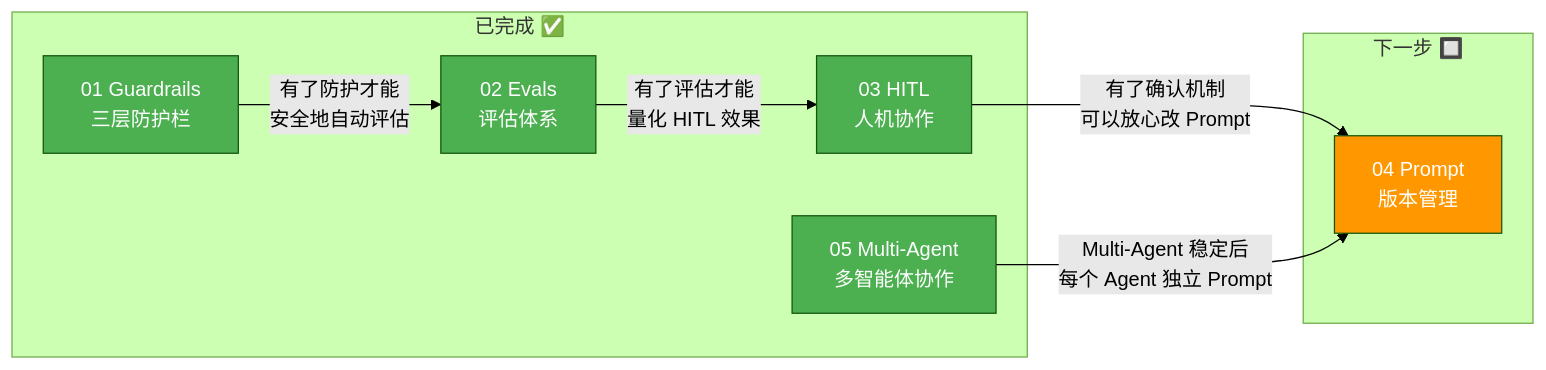
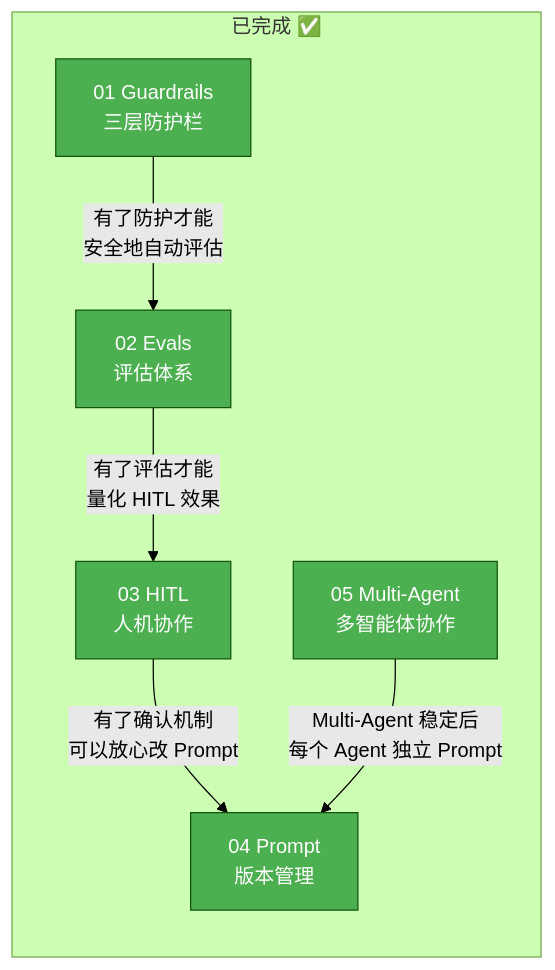
Before and after one commit to reallyhwc/test-learn-agent: the ninth of 13 diagrams in README.md, drawn with Mermaid (forest theme). The commit also changed other lines of this file and 1 other file, not shown here.

````diff
--- a/README.md
+++ b/README.md
@@ -701,24 +702,21 @@
 ```mermaid
 graph LR
     subgraph "已完成 ✅"
         G["01 Guardrails<br/>三层防护栏"]
         E["02 Evals<br/>评估体系"]
         H["03 HITL<br/>人机协作"]
+        P["04 Prompt<br/>版本管理"]
         M["05 Multi-Agent<br/>多智能体协作"]
-    end
-
-    subgraph "下一步 🔲"
-        P["04 Prompt<br/>版本管理"]
     end
 
     G -->|"有了防护才能<br/>安全地自动评估"| E
     E -->|"有了评估才能<br/>量化 HITL 效果"| H
     H -->|"有了确认机制<br/>可以放心改 Prompt"| P
     M -->|"Multi-Agent 稳定后<br/>每个 Agent 独立 Prompt"| P
 
     style G fill:#4caf50,color:#fff
     style E fill:#4caf50,color:#fff
     style H fill:#4caf50,color:#fff
+    style P fill:#4caf50,color:#fff
     style M fill:#4caf50,color:#fff
-    style P fill:#ff9800,color:#fff
 ```
````
